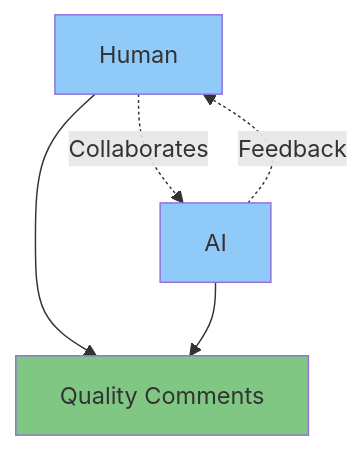
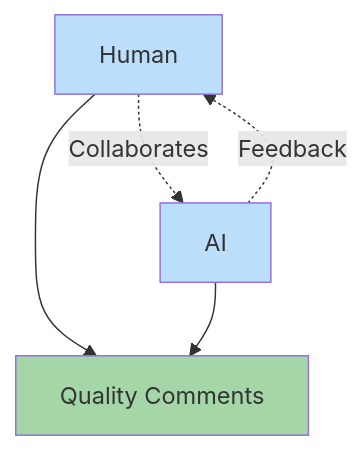
The third of 4 diagrams in index.qmd (IndrajeetPatil/to-comment-or-not), drawn with Mermaid before and after one commit.

````diff
--- a/index.qmd
+++ b/index.qmd
@@ -1728,13 +1728,13 @@
 ```{mermaid}
 %%| eval: true
 %%| echo: false
 flowchart TD
     H[Human] --> S[Quality Comments]
     A[AI] --> S[Quality Comments]
     H -.->|Collaborates| A
     A -.->|Feedback| H
 
-    style H fill:#90CAF9
-    style A fill:#90CAF9
-    style S fill:#81C784
+    style H fill:#BBDEFB
+    style A fill:#BBDEFB
+    style S fill:#A5D6A7
 ```
````
